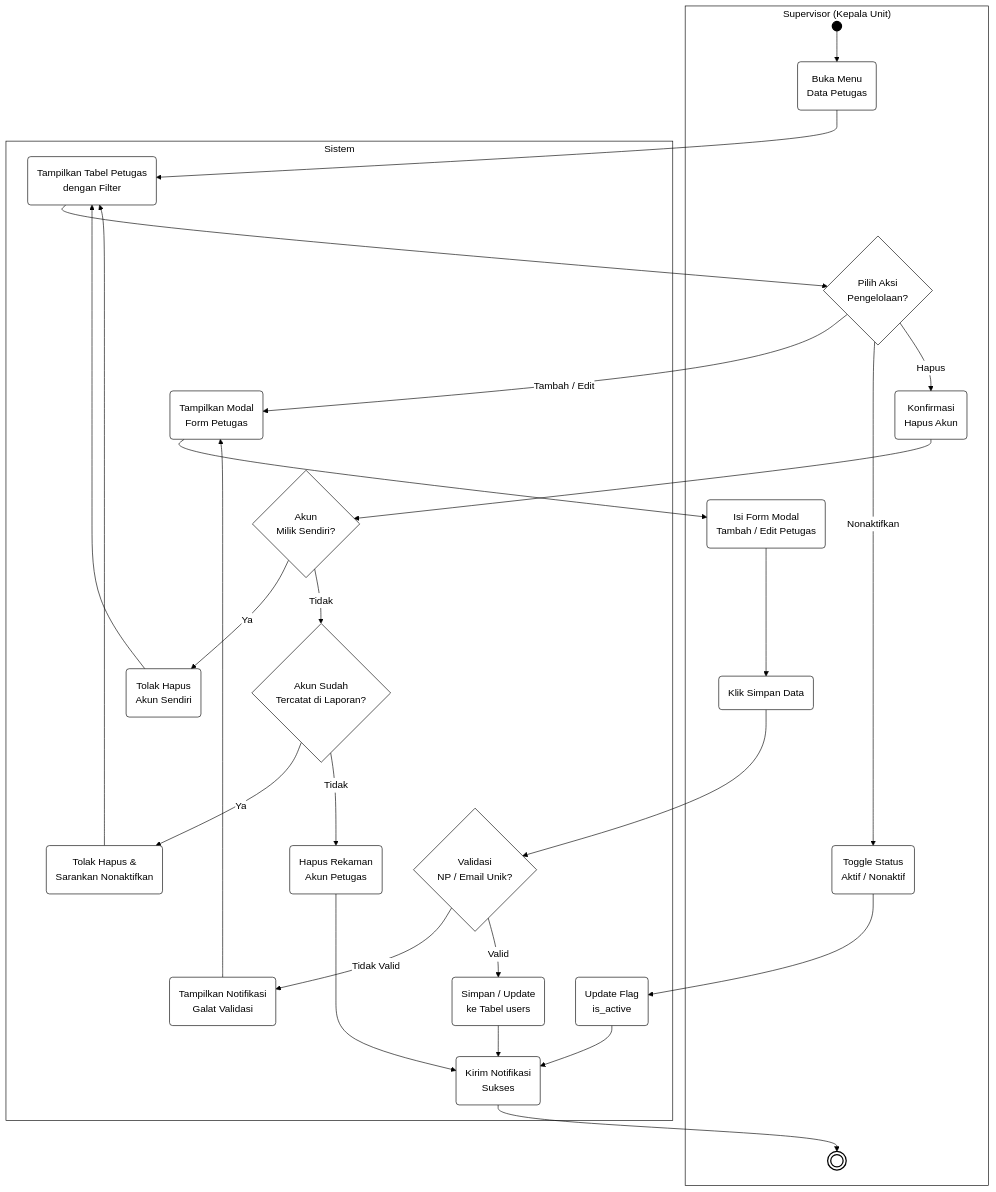
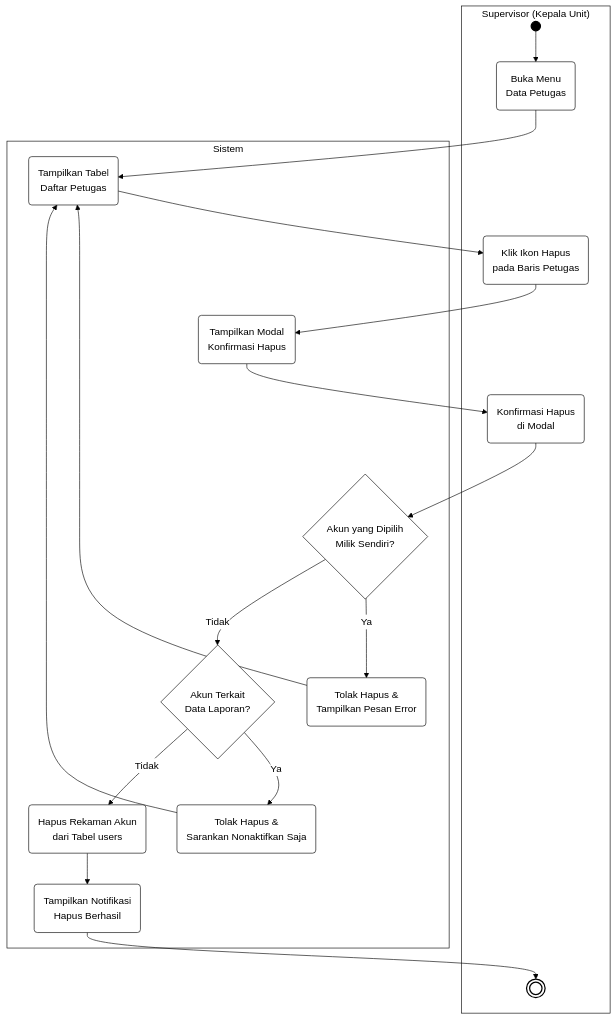
The eighth of 21 diagrams in docs/BAB_III_Draft.md (ZulfikarHD/scan-produksi), drawn with Mermaid before and after one commit. The commit also changed other lines of this file, not shown here.

First line of the commit message:
refactor(docs): update activity diagrams for managing petugas data

````diff
--- a/docs/BAB_III_Draft.md
+++ b/docs/BAB_III_Draft.md
@@ -457,57 +580,40 @@
 ```mermaid
 %%{init: {'theme': 'base', 'themeVariables': { 'primaryColor': '#ffffff', 'primaryBorderColor': '#000000', 'primaryTextColor': '#000000', 'lineColor': '#000000', 'textColor': '#000000', 'clusterBkg': '#ffffff', 'clusterBorder': '#000000', 'edgeLabelBackground':'#ffffff' }}}%%
 flowchart TD
     subgraph Supervisor ["Supervisor (Kepala Unit)"]
         SP_Start(( ))
         SP_Buka(Buka Menu<br/>Data Petugas)
-        SP_Pilih{Pilih Aksi<br/>Pengelolaan?}
-        SP_Input(Isi Form Modal<br/>Tambah / Edit Petugas)
-        SP_Simpan(Klik Simpan Data)
-        SP_Toggle(Toggle Status<br/>Aktif / Nonaktif)
-        SP_Hapus(Konfirmasi<br/>Hapus Akun)
+        SP_HapusBtn(Klik Ikon Hapus<br/>pada Baris Petugas)
+        SP_Konfirm(Konfirmasi Hapus<br/>di Modal)
         SP_End((( )))
     end
 
     subgraph Sistem ["Sistem"]
-        SS_Tampil(Tampilkan Tabel Petugas<br/>dengan Filter)
-        SS_Modal(Tampilkan Modal<br/>Form Petugas)
-        SS_Val{Validasi<br/>NP / Email Unik?}
-        SS_Err(Tampilkan Notifikasi<br/>Galat Validasi)
-        SS_Save(Simpan / Update<br/>ke Tabel users)
-        SS_Status(Update Flag<br/>is_active)
-        SS_SelfCheck{Akun<br/>Milik Sendiri?}
-        SS_SelfErr(Tolak Hapus<br/>Akun Sendiri)
-        SS_Del{Akun Sudah<br/>Tercatat di Laporan?}
-        SS_DelErr(Tolak Hapus &<br/>Sarankan Nonaktifkan)
-        SS_DelOk(Hapus Rekaman<br/>Akun Petugas)
-        SS_Notif(Kirim Notifikasi<br/>Sukses)
+        SS_Tampil(Tampilkan Tabel<br/>Daftar Petugas)
+        SS_ModalKonfirm(Tampilkan Modal<br/>Konfirmasi Hapus)
+        SS_SelfCheck{Akun yang Dipilih<br/>Milik Sendiri?}
+        SS_SelfErr(Tolak Hapus &<br/>Tampilkan Pesan Error)
+        SS_LaporanCheck{Akun Terkait<br/>Data Laporan?}
+        SS_LaporanErr(Tolak Hapus &<br/>Sarankan Nonaktifkan Saja)
+        SS_Hapus(Hapus Rekaman Akun<br/>dari Tabel users)
+        SS_Notif(Tampilkan Notifikasi<br/>Hapus Berhasil)
     end
 
     SP_Start --> SP_Buka
     SP_Buka --> SS_Tampil
-    SS_Tampil --> SP_Pilih
-    SP_Pilih -- Tambah / Edit --> SS_Modal
-    SS_Modal --> SP_Input
-    SP_Input --> SP_Simpan
-    SP_Simpan --> SS_Val
-    SS_Val -- Tidak Valid --> SS_Err
-    SS_Err --> SS_Modal
-    SS_Val -- Valid --> SS_Save
-    SS_Save --> SS_Notif
-    SP_Pilih -- Nonaktifkan --> SP_Toggle
-    SP_Toggle --> SS_Status
-    SS_Status --> SS_Notif
-    SP_Pilih -- Hapus --> SP_Hapus
-    SP_Hapus --> SS_SelfCheck
+    SS_Tampil --> SP_HapusBtn
+    SP_HapusBtn --> SS_ModalKonfirm
+    SS_ModalKonfirm --> SP_Konfirm
+    SP_Konfirm --> SS_SelfCheck
     SS_SelfCheck -- Ya --> SS_SelfErr
     SS_SelfErr --> SS_Tampil
-    SS_SelfCheck -- Tidak --> SS_Del
-    SS_Del -- Ya --> SS_DelErr
-    SS_DelErr --> SS_Tampil
-    SS_Del -- Tidak --> SS_DelOk
-    SS_DelOk --> SS_Notif
+    SS_SelfCheck -- Tidak --> SS_LaporanCheck
+    SS_LaporanCheck -- Ya --> SS_LaporanErr
+    SS_LaporanErr --> SS_Tampil
+    SS_LaporanCheck -- Tidak --> SS_Hapus
+    SS_Hapus --> SS_Notif
     SS_Notif --> SP_End
 
     style SP_Start fill:#000000,stroke:#000000,stroke-width:2px;
     style SP_End fill:#ffffff,stroke:#000000,stroke-width:2px;
 ```
````
